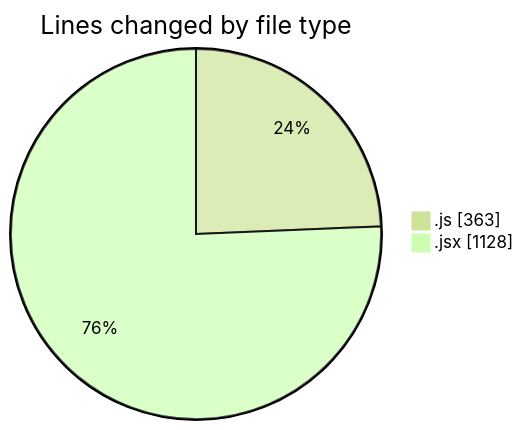
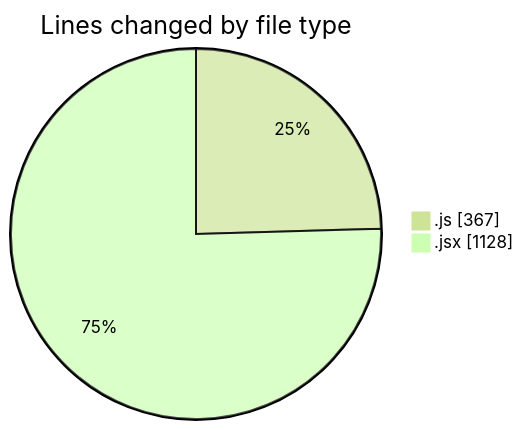
Before and after one commit to nxtqubesakshisongat/code-tracking: the first of 2 diagrams in 2025-12-26/nxtqube_webapp/README.md, drawn with Mermaid (forest theme). The commit also changed other lines of this file and 1 other file, not shown here.

````diff
--- a/2025-12-26/nxtqube_webapp/README.md
+++ b/2025-12-26/nxtqube_webapp/README.md
@@ -23,6 +23,6 @@
 ```mermaid
 pie showData
 title Lines changed by file type
-".js" : 363
+".js" : 367
 ".jsx" : 1128
 ```
````
